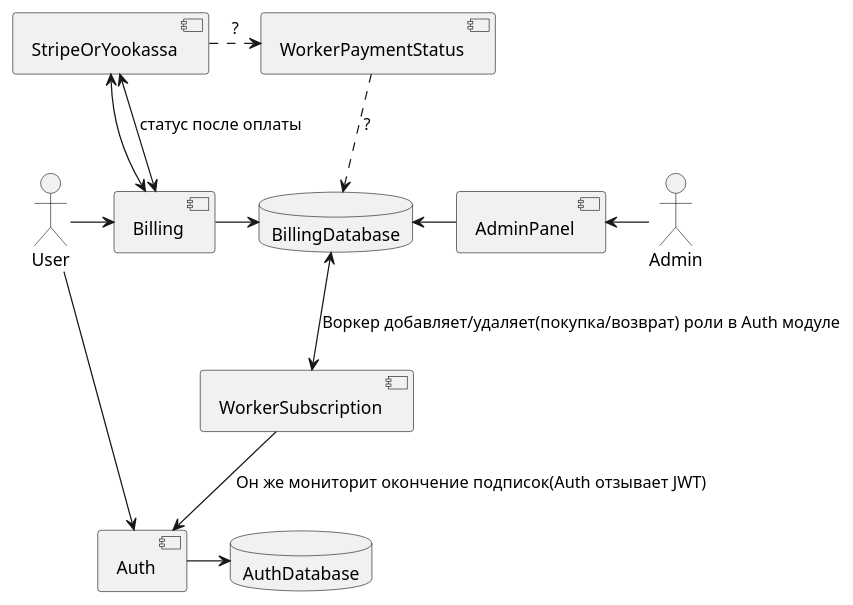
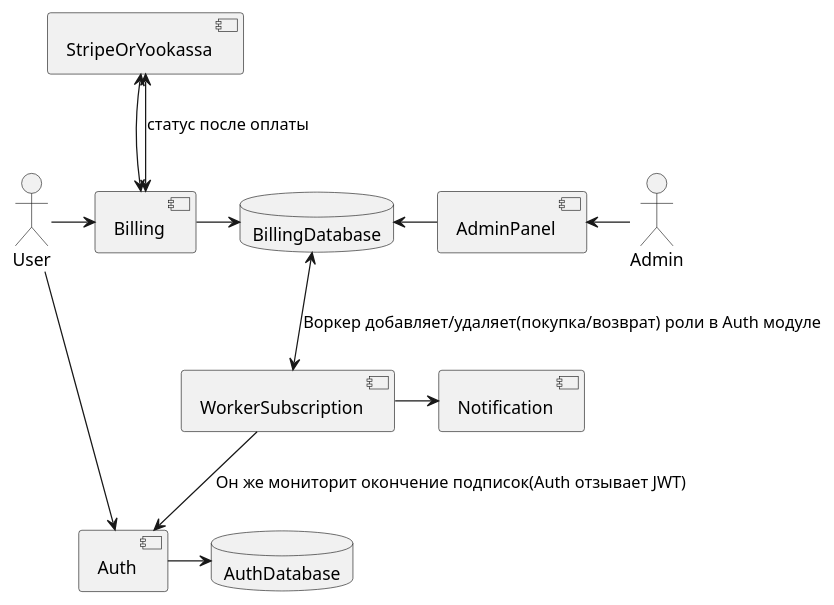
Before and after one commit to ZOMini/billing_yookassa: the diagram in to_be.puml, drawn with PlantUML. The commit also changed 11 other files, not shown here.

```diff
--- a/to_be.puml
+++ b/to_be.puml
@@ -1,31 +1,30 @@
 @startuml as is
 
 skinparam componentStyle uml2
 actor Admin
 actor User
 database AuthDatabase
 database BillingDatabase
 component StripeOrYookassa
 component Auth
 component AdminPanel
 component Billing
 component WorkerSubscription
-component WorkerPaymentStatus
+component Notification
 
 
 User -down-> Auth
 Auth -right-> AuthDatabase
 User -right-> Billing
 ' Billing -down-> AuthDatabase
 Billing -right-> BillingDatabase
 Billing <-up-> StripeOrYookassa
 Billing <-up-> StripeOrYookassa : статус после оплаты
-StripeOrYookassa .right.> WorkerPaymentStatus : ?
-WorkerPaymentStatus .down.> BillingDatabase : ?
 BillingDatabase <--> WorkerSubscription : Воркер добавляет/удаляет(покупка/возврат) роли в Auth модуле
-WorkerSubscription --> Auth : Он же мониторит окончение подписок(Auth отзывает JWT)
+WorkerSubscription -down-> Auth : Он же мониторит окончение подписок(Auth отзывает JWT)
+WorkerSubscription -right-> Notification
 Admin -left-> AdminPanel
 AdminPanel -left-> BillingDatabase
 
 
 @enduml
```
